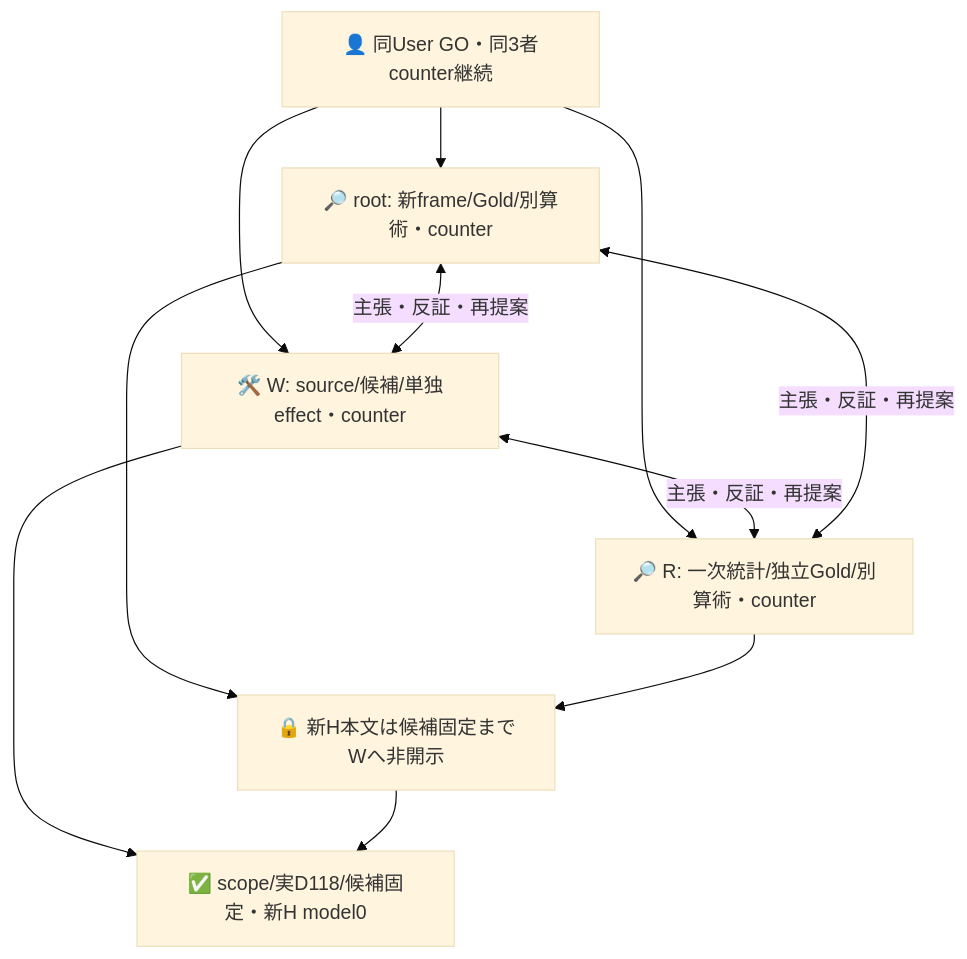
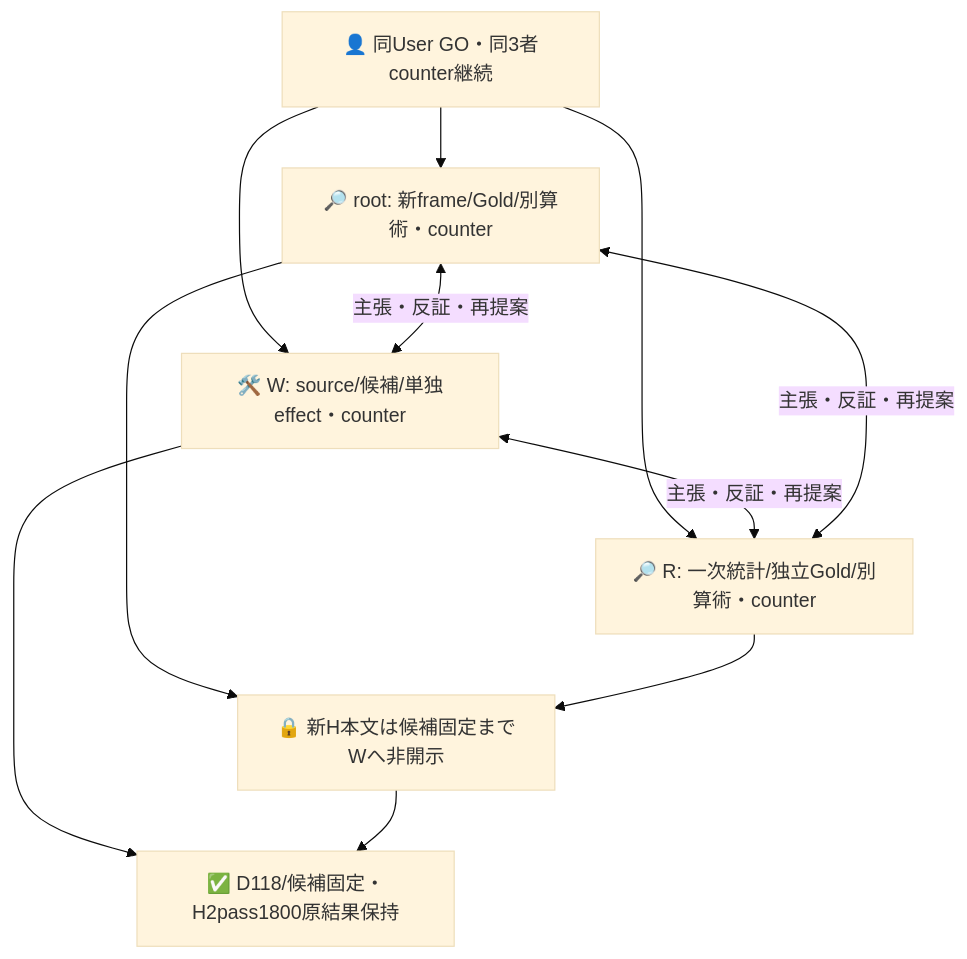
Before and after one commit to roccho-org/ops: the first of 2 diagrams in experiments/sys1-eval-loop/observation/README.md, drawn with Mermaid (base theme). The commit also changed other lines of this file and 11 other files, not shown here.

````diff
--- a/experiments/sys1-eval-loop/observation/README.md
+++ b/experiments/sys1-eval-loop/observation/README.md
@@ -92,13 +118,13 @@
 ```mermaid
 flowchart TB
   U["👤 同User GO・同3者counter継続"] --> P["🔎 root: 新frame/Gold/別算術・counter"]
   U --> W["🛠️ W: source/候補/単独effect・counter"]
   U --> R["🔎 R: 一次統計/独立Gold/別算術・counter"]
   P <-->|主張・反証・再提案| W
   W <-->|主張・反証・再提案| R
   R <-->|主張・反証・再提案| P
   P --> K["🔒 新H本文は候補固定までWへ非開示"]
   R --> K
-  W --> C["✅ scope/実D118/候補固定・新H model0"]
+  W --> C["✅ D118/候補固定・H2pass1800原結果保持"]
   K --> C
 ```
````
